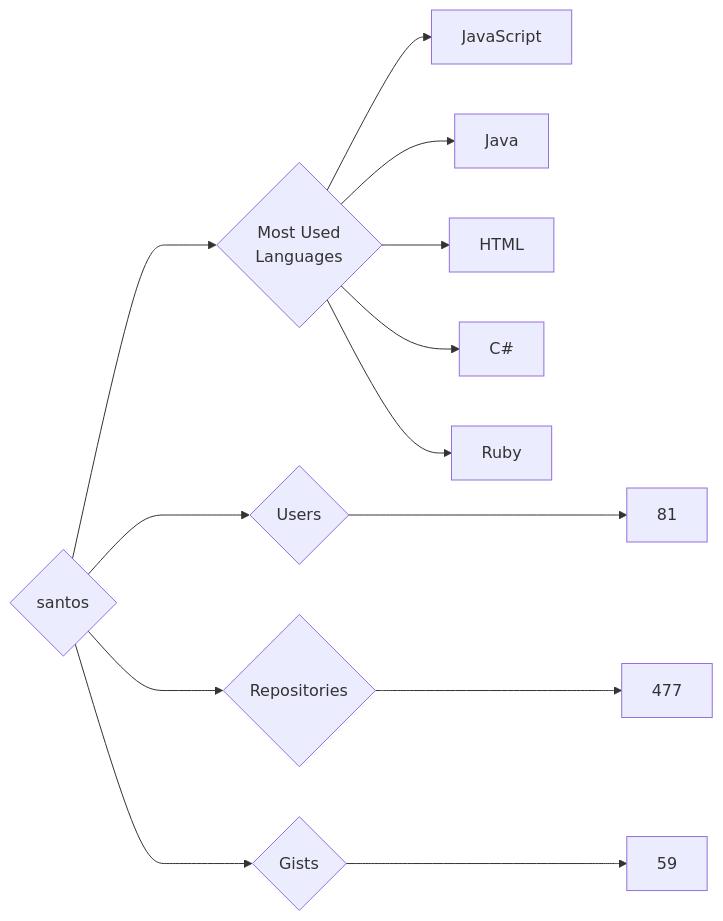
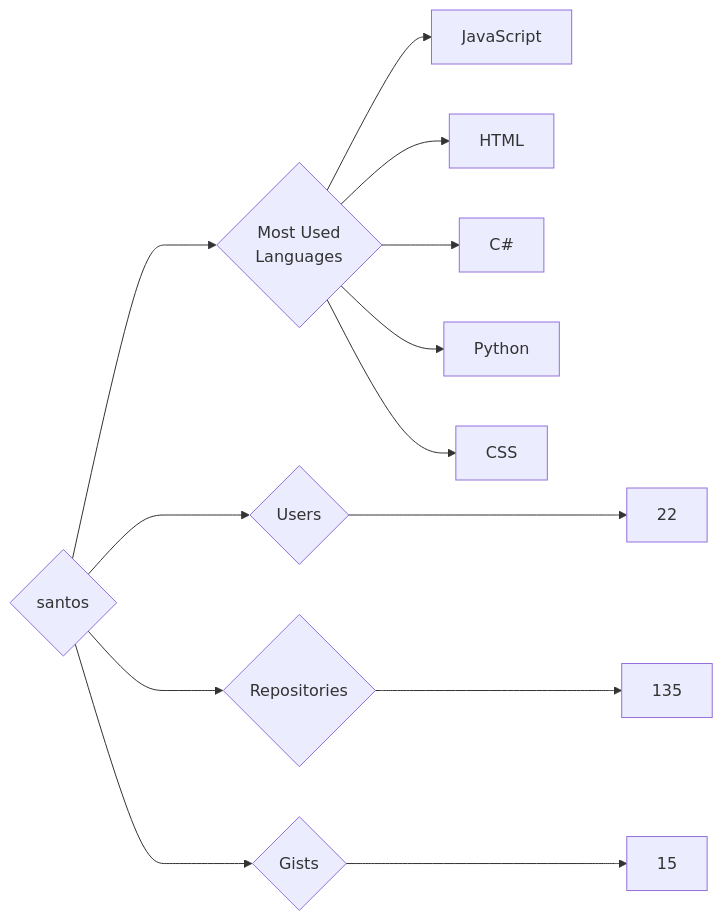
Before and after one commit to trickest/insiders: the diagram in targets/santos/README.md, drawn with Mermaid. The commit also changed 787 other files, not shown here.

````diff
--- a/targets/santos/README.md
+++ b/targets/santos/README.md
@@ -3,13 +3,13 @@
 ```mermaid
 graph LR
 COMPANY_NAME{santos}
-COMPANY_NAME ---> U{Users} ---> UN[81]
-COMPANY_NAME ---> R{Repositories} ---> RN[477]
-COMPANY_NAME ---> G{Gists} ---> GN[59]
+COMPANY_NAME ---> U{Users} ---> UN[22]
+COMPANY_NAME ---> R{Repositories} ---> RN[135]
+COMPANY_NAME ---> G{Gists} ---> GN[15]
 COMPANY_NAME ---> ML{Most Used<br>Languages}
 ML --> JavaScript[JavaScript]
-ML --> Java[Java]
 ML --> HTML[HTML]
 ML --> C#[C#]
-ML --> Ruby[Ruby]
+ML --> Python[Python]
+ML --> CSS[CSS]
 ```
````
